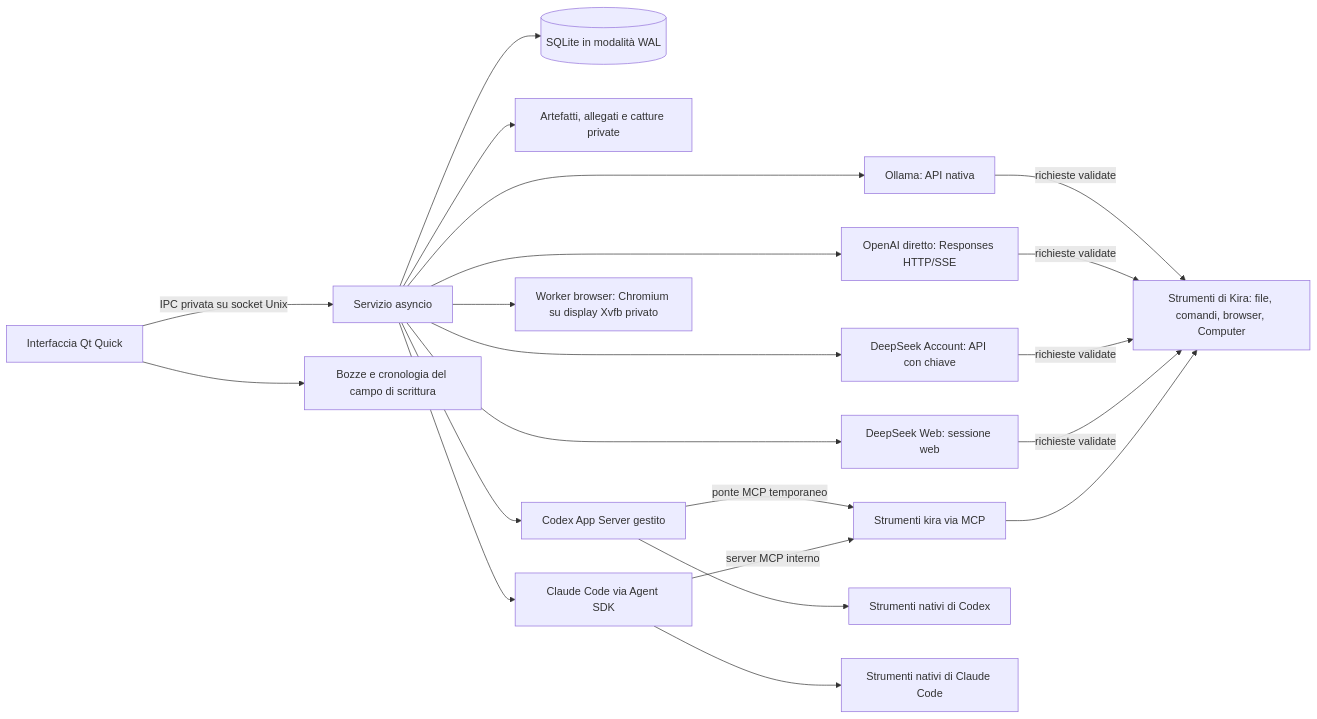
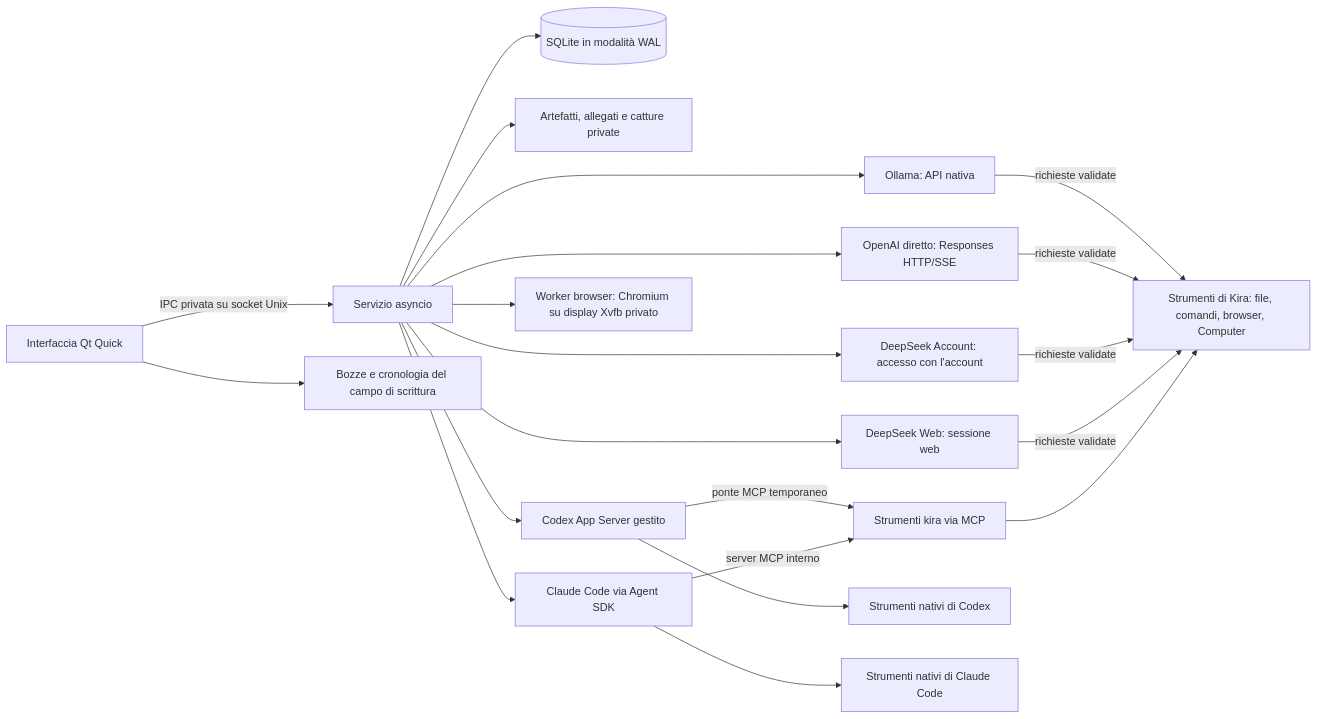
The diagram in docs/it/ARCHITETTURA.md (antosec00/kira-desktop), drawn with Mermaid before and after one commit. The commit also changed other lines of this file and 393 other files, not shown here.

````diff
--- a/docs/it/ARCHITETTURA.md
+++ b/docs/it/ARCHITETTURA.md
@@ -14,17 +14,17 @@
 ```mermaid
 flowchart LR
   GUI[Interfaccia Qt Quick] -->|IPC privata su socket Unix| Service[Servizio asyncio]
   GUI --> Composer[Bozze e cronologia del campo di scrittura]
   Service --> DB[(SQLite in modalità WAL)]
   Service --> Artifacts[Artefatti, allegati e catture private]
   Service --> Ollama[Ollama: API nativa] & OpenAI[OpenAI diretto: Responses HTTP/SSE]
-  Service --> DSAccount[DeepSeek Account: API con chiave] & DSWeb[DeepSeek Web: sessione web]
+  Service --> DSAccount[DeepSeek Account: accesso con l'account] & DSWeb[DeepSeek Web: sessione web]
   Service --> Codex[Codex App Server gestito] & Claude[Claude Code via Agent SDK]
   Service --> Browser[Worker browser: Chromium su display Xvfb privato]
   Ollama & OpenAI & DSAccount & DSWeb -->|richieste validate| Tools[Strumenti di Kira: file, comandi, browser, Computer]
   Codex -->|ponte MCP temporaneo| KiraMcp[Strumenti kira via MCP]
   Claude -->|server MCP interno| KiraMcp
   Codex --> NativeTools[Strumenti nativi di Codex]
   Claude --> ClaudeTools[Strumenti nativi di Claude Code]
   KiraMcp --> Tools
 ```
````
